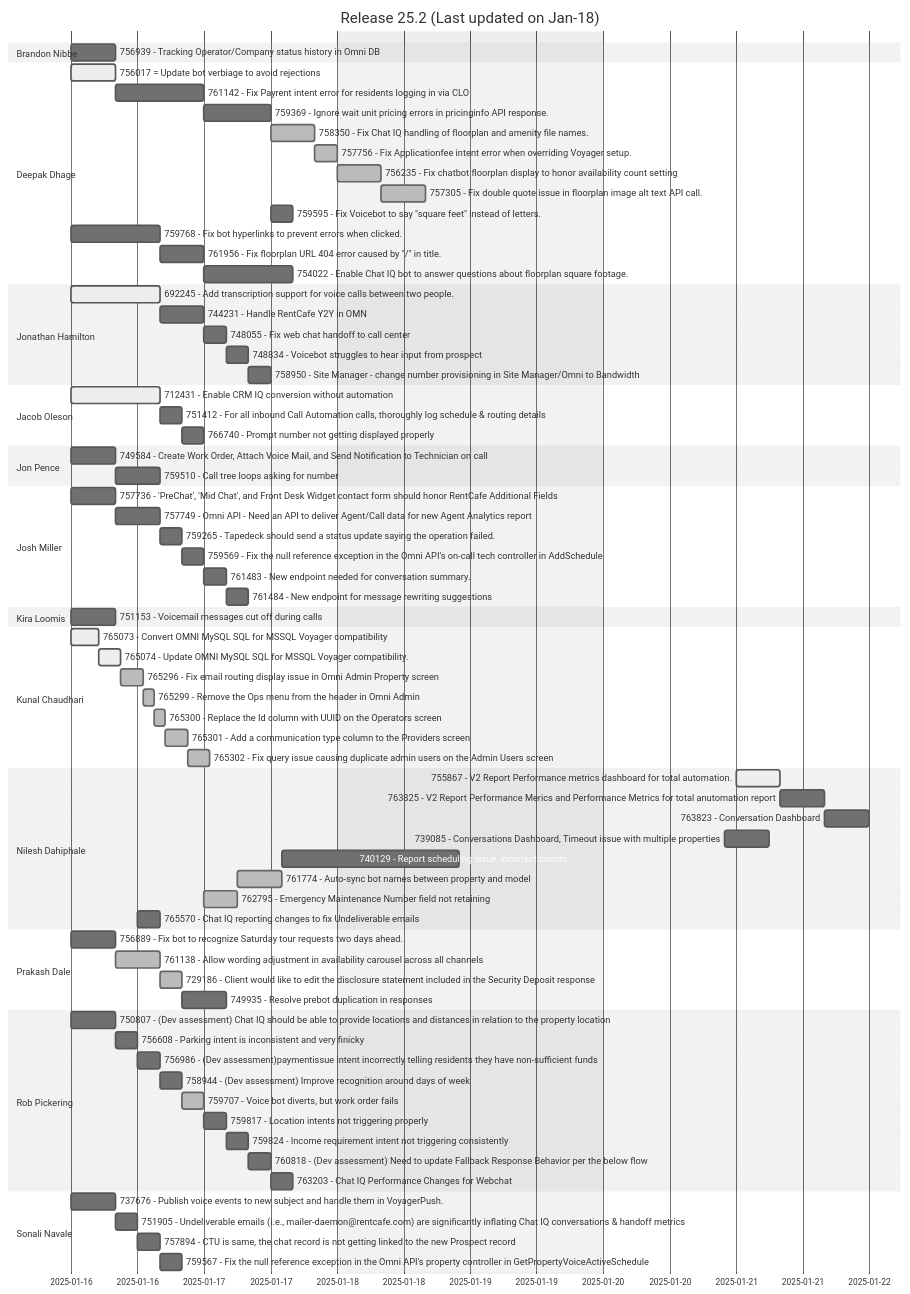
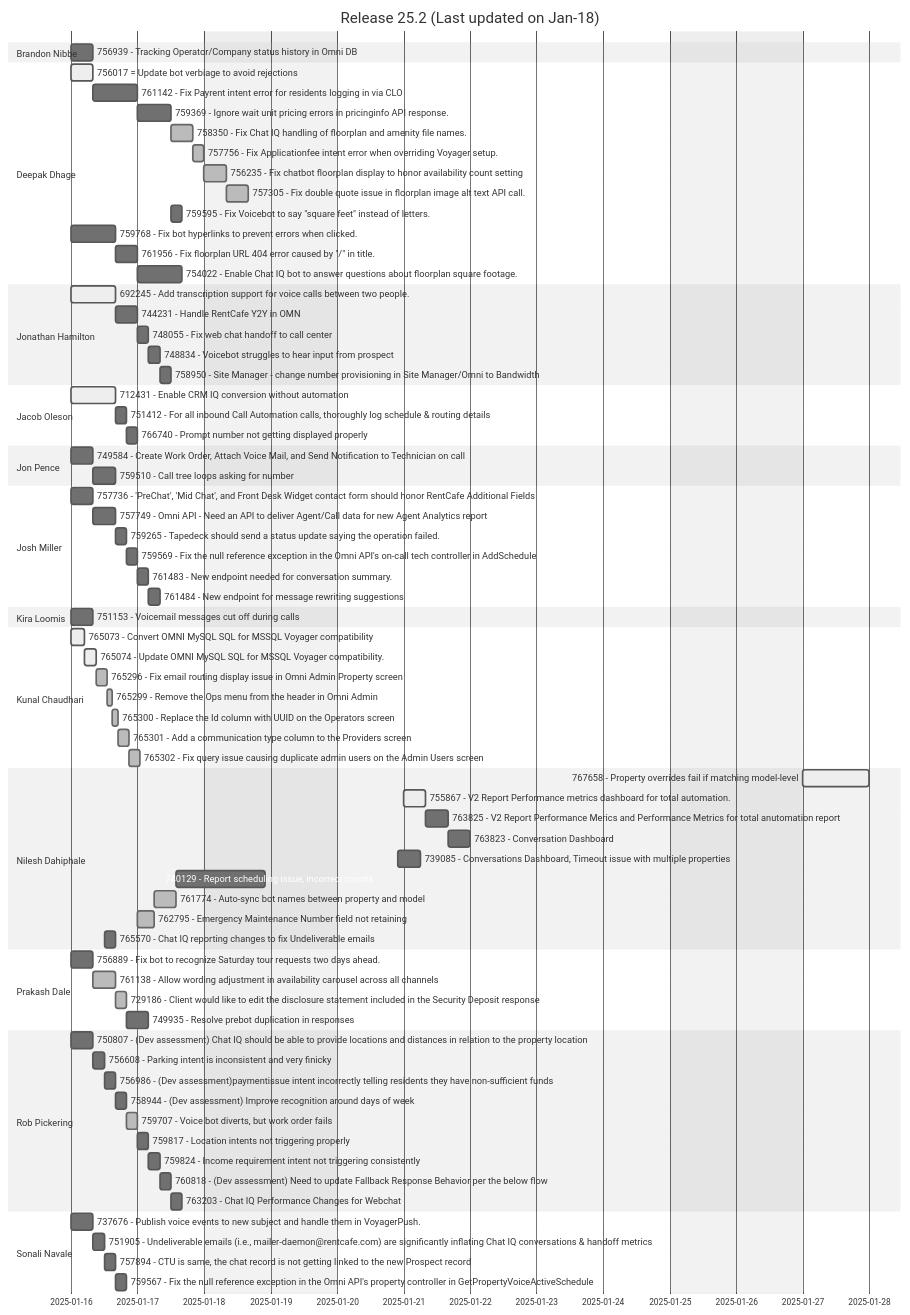
One commit to prakash-dale/prakash-dale.github.io changed the first of 2 diagrams in README.md. Above: the diagram before and after it, drawn with Mermaid (neutral theme). The commit also changed other lines of this file and 1 other file, not shown here.

Commit message:
gantt update

```diff
--- a/README.md
+++ b/README.md
@@ -62,6 +62,7 @@
         765302 - Fix query issue causing duplicate admin users on the Admin Users screen: done, 765302, after 765301, 4h
 
     section Nilesh Dahiphale
+        767658 - Property overrides fail if matching model-level: active, 767658, Jan-27, 24h
         755867 - V2 Report Performance metrics dashboard for total automation.: active, 755867, Jan-21, 8h
         763825 - V2 Report  Performance Merics and Performance Metrics for total anutomation report: 763825, after 755867, 8h
         763823 - Conversation Dashboard: 763823, after 763825, 8h
```
